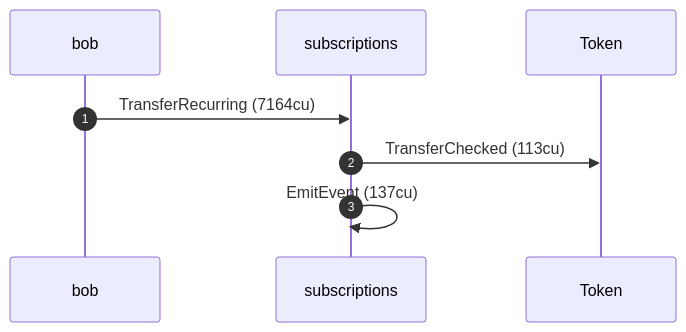
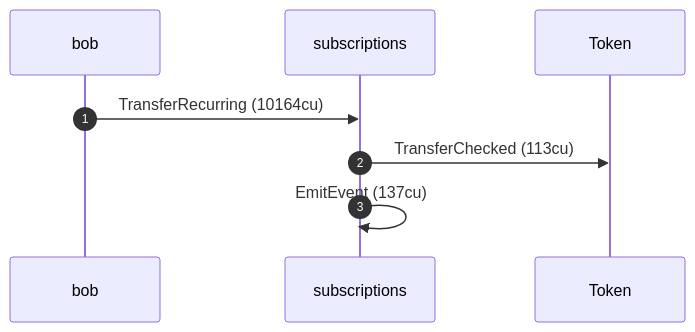
One commit to cds-rs/subscriptions changed the ninth of 16 diagrams in dsl_tests/skipped-periods-do-not-accumulate-allowance.md. Above: the diagram before and after it, drawn with Mermaid. The commit also changed other lines of this file and 224 other files, not shown here.

````diff
--- a/dsl_tests/skipped-periods-do-not-accumulate-allowance.md
+++ b/dsl_tests/skipped-periods-do-not-accumulate-allowance.md
@@ -185,10 +194,10 @@
 ```mermaid
 sequenceDiagram
     autonumber
     participant bob
     participant subscriptions
     participant Token
-    bob ->> subscriptions: TransferRecurring (7164cu)
+    bob ->> subscriptions: TransferRecurring (10164cu)
     subscriptions ->> Token: TransferChecked (113cu)
     subscriptions ->> subscriptions: EmitEvent (137cu)
 ```
````
